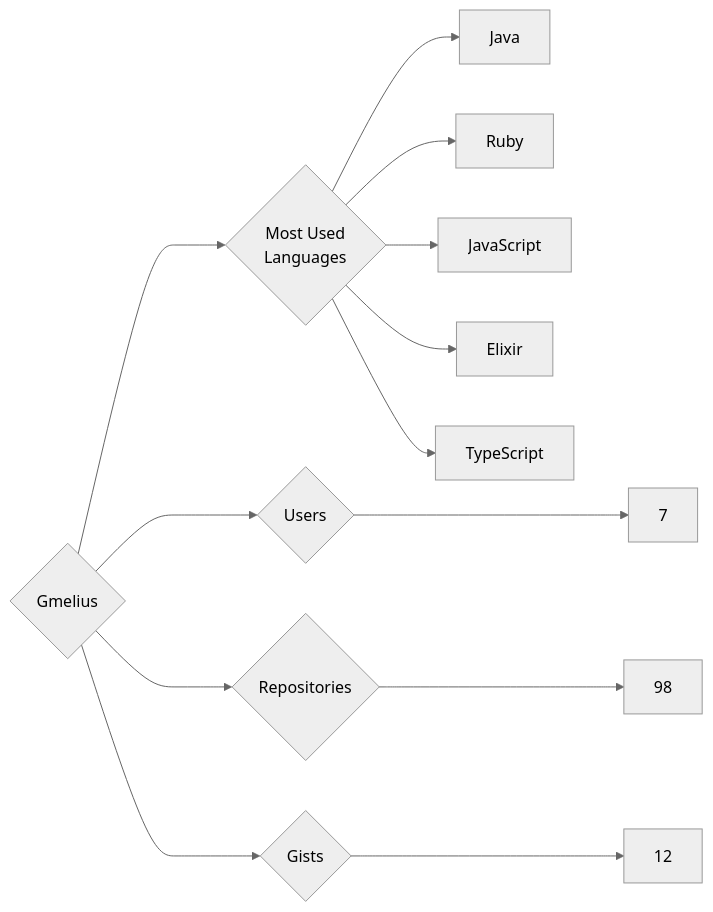
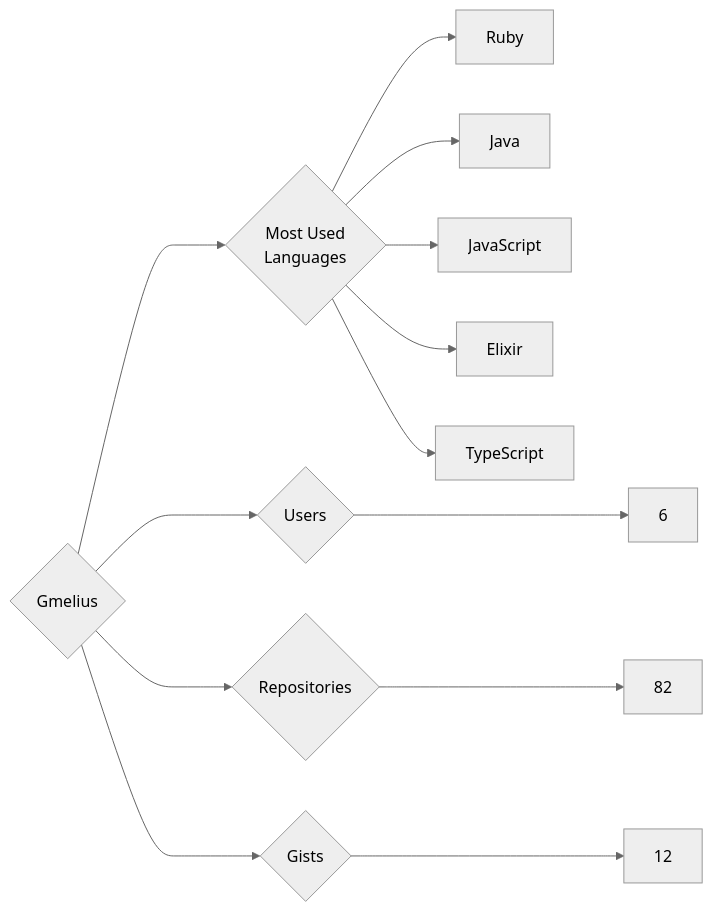
One commit to trickest/insiders changed the diagram in targets/Gmelius/README.md. Above: the diagram before and after it, drawn with Mermaid (neutral theme). The commit also changed 934 other files, not shown here.

````diff
--- a/targets/Gmelius/README.md
+++ b/targets/Gmelius/README.md
@@ -3,13 +3,13 @@
 ```mermaid
 graph LR
 COMPANY_NAME{Gmelius}
-COMPANY_NAME ---> U{Users} ---> UN[7]
-COMPANY_NAME ---> R{Repositories} ---> RN[98]
+COMPANY_NAME ---> U{Users} ---> UN[6]
+COMPANY_NAME ---> R{Repositories} ---> RN[82]
 COMPANY_NAME ---> G{Gists} ---> GN[12]
 COMPANY_NAME ---> ML{Most Used<br>Languages}
+ML --> Ruby[Ruby]
 ML --> Java[Java]
-ML --> Ruby[Ruby]
 ML --> JavaScript[JavaScript]
 ML --> Elixir[Elixir]
 ML --> TypeScript[TypeScript]
 ```
````
